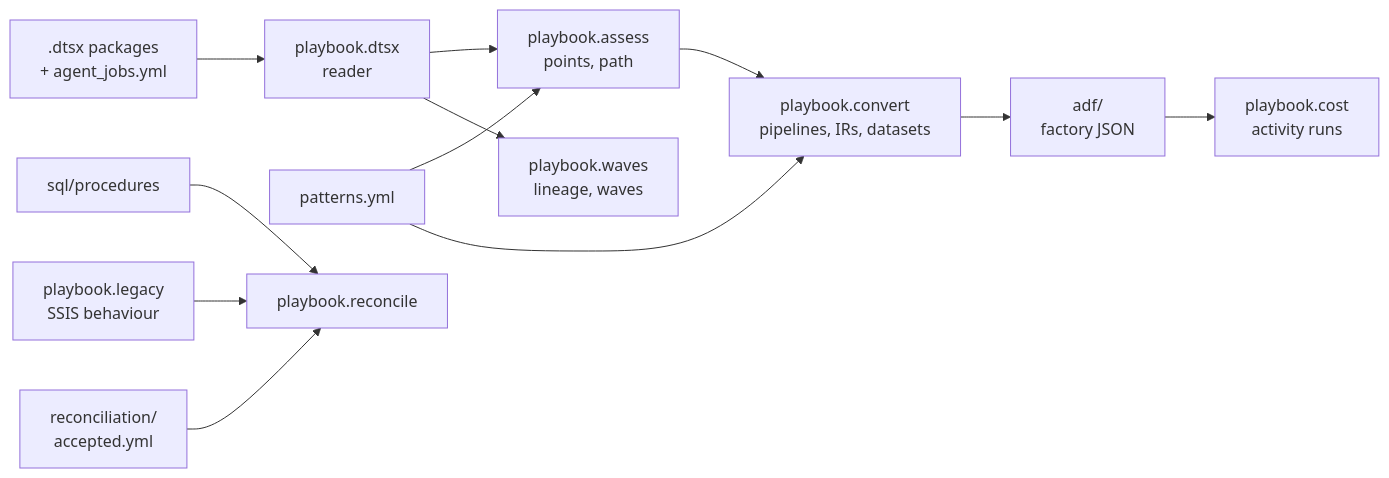
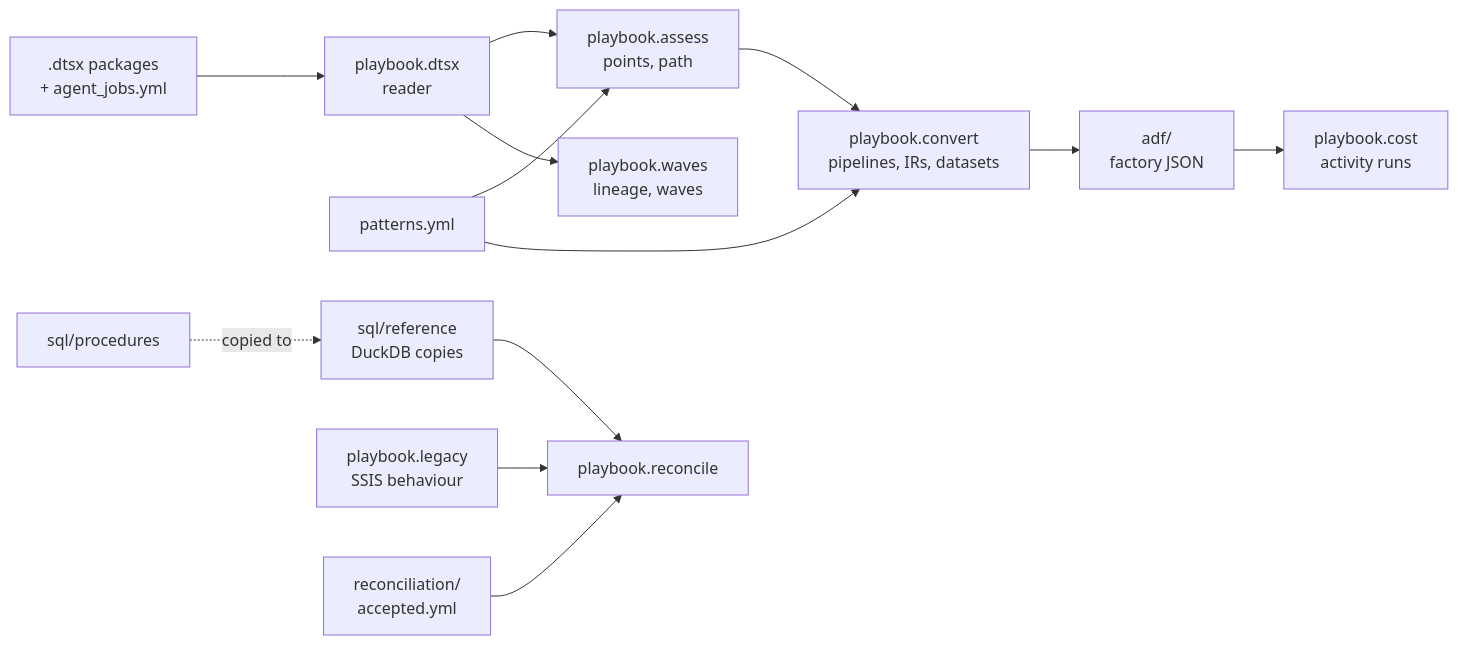
One commit to hariswhat/ssis-to-adf-migration-playbook changed the second of 2 diagrams in docs/architecture/c4-container.md. Above: the diagram before and after it, drawn with Mermaid. The commit also changed 9 other files, not shown here.

````diff
--- a/docs/architecture/c4-container.md
+++ b/docs/architecture/c4-container.md
@@ -39,14 +39,15 @@
 ```mermaid
 flowchart LR
     dtsx[".dtsx packages<br/>+ agent_jobs.yml"] --> reader["playbook.dtsx<br/>reader"]
     patterns["patterns.yml"] --> assess
     reader --> assess["playbook.assess<br/>points, path"]
     reader --> waves["playbook.waves<br/>lineage, waves"]
     assess --> convert["playbook.convert<br/>pipelines, IRs, datasets"]
     patterns --> convert
     convert --> adf["adf/<br/>factory JSON"]
     adf --> cost["playbook.cost<br/>activity runs"]
-    procs["sql/procedures"] --> recon["playbook.reconcile"]
+    procs["sql/procedures"] -. "copied to" .-> ref["sql/reference<br/>DuckDB copies"]
+    ref --> recon["playbook.reconcile"]
     legacy["playbook.legacy<br/>SSIS behaviour"] --> recon
     accepted["reconciliation/<br/>accepted.yml"] --> recon
 ```
````
